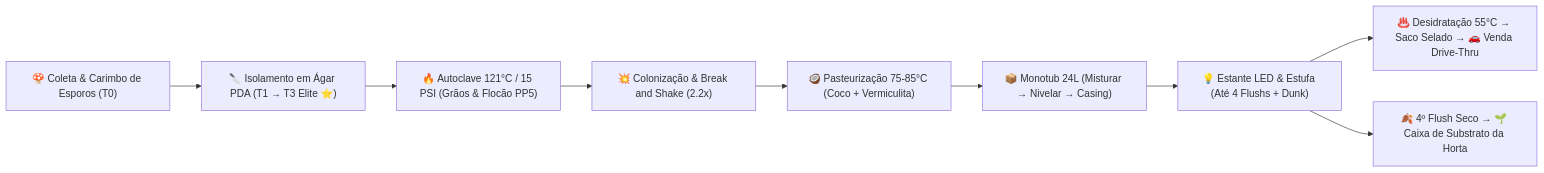
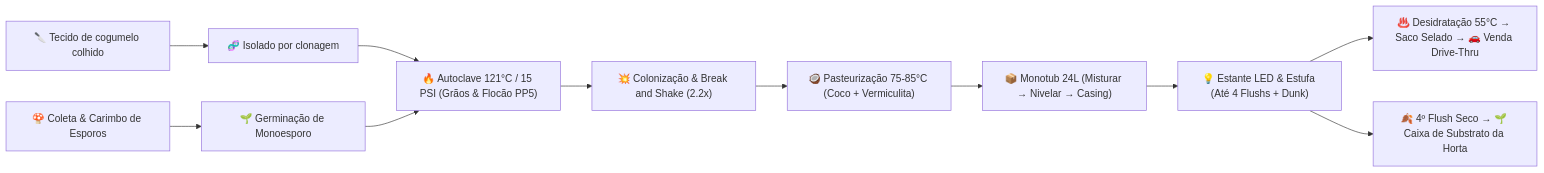
Before and after one commit to gabrielweb7/MycoCampus3D: the first of 2 diagrams in README.md, drawn with Mermaid. The commit also changed other lines of this file and 49 other files, not shown here.

````diff
--- a/README.md
+++ b/README.md
@@ -32,11 +32,13 @@
 ```mermaid
 flowchart LR
-  A["🍄 Coleta & Carimbo de Esporos (T0)"] --> B["🔪 Isolamento em Ágar PDA (T1 → T3 Elite ⭐)"]
+  A["🍄 Coleta & Carimbo de Esporos"] --> B["🌱 Germinação de Monoesporo"]
+  J["🔪 Tecido de cogumelo colhido"] --> B2["🧬 Isolado por clonagem"]
+  B2 --> C
   B --> C["🔥 Autoclave 121°C / 15 PSI (Grãos & Flocão PP5)"]
   C --> D["💥 Colonização & Break and Shake (2.2x)"]
   D --> E["🥥 Pasteurização 75-85°C (Coco + Vermiculita)"]
   E --> F["📦 Monotub 24L (Misturar → Nivelar → Casing)"]
   F --> G["💡 Estante LED & Estufa (Até 4 Flushs + Dunk)"]
   G --> H["♨️ Desidratação 55°C → Saco Selado → 🚗 Venda Drive-Thru"]
   G --> I["🍂 4º Flush Seco → 🌱 Caixa de Substrato da Horta"]
 ```
````
